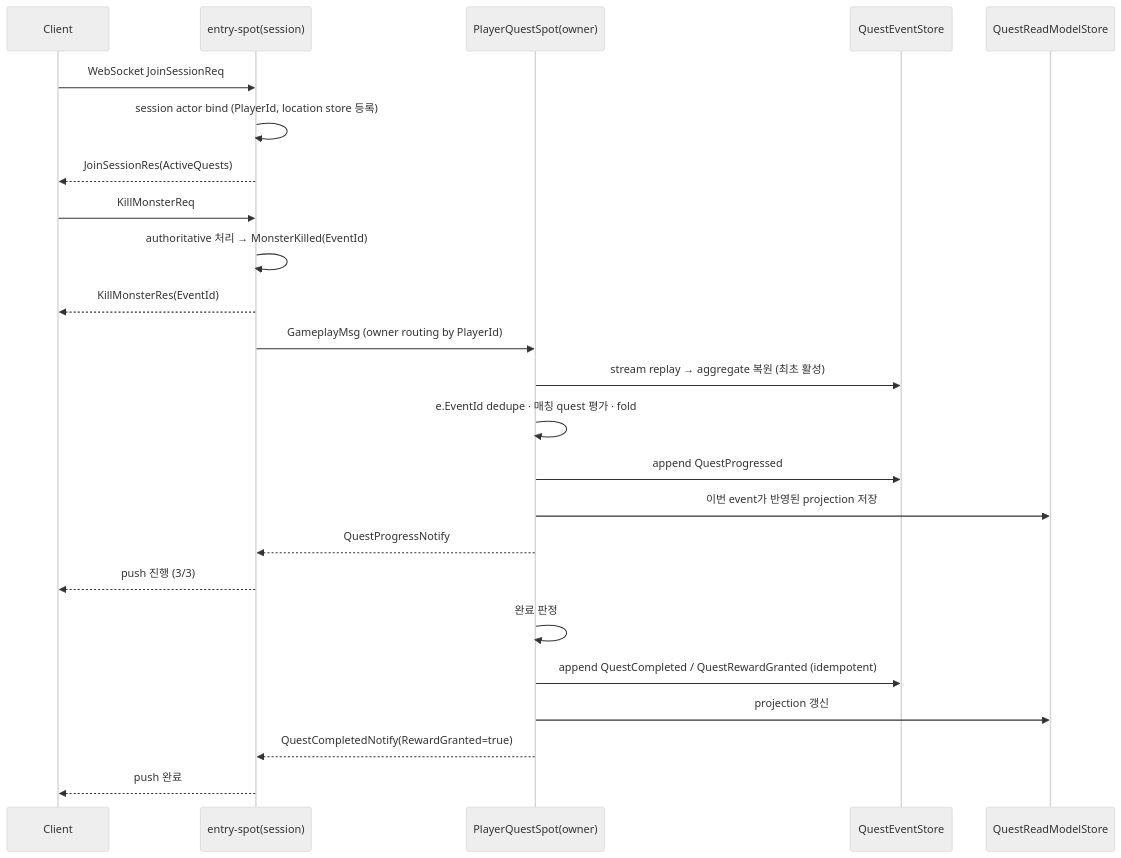
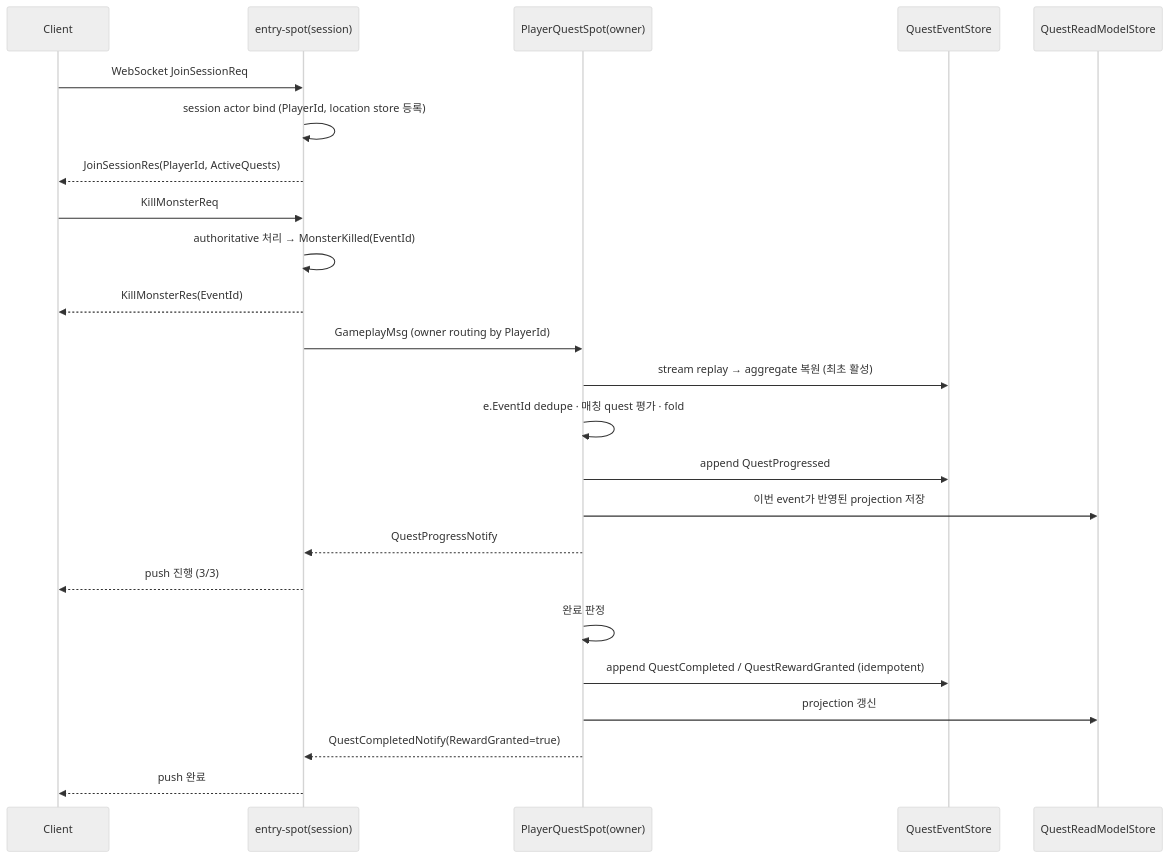
Before and after one commit to kairos-code-dev/zlink: the seventh of 7 diagrams in framework/doc/framework/common/sample/event/gamequest.ko.md, drawn with Mermaid (neutral theme). The commit also changed other lines of this file and 403 other files, not shown here.

````diff
--- a/framework/doc/framework/common/sample/event/gamequest.ko.md
+++ b/framework/doc/framework/common/sample/event/gamequest.ko.md
@@ -547,30 +547,30 @@
 ```mermaid
 sequenceDiagram
     participant C as Client
     participant ES as entry-spot(session)
     participant P as PlayerQuestSpot(owner)
     participant EVS as QuestEventStore
     participant RM as QuestReadModelStore
 
     C->>ES: WebSocket JoinSessionReq
     ES->>ES: session actor bind (PlayerId, location store 등록)
-    ES-->>C: JoinSessionRes(ActiveQuests)
+    ES-->>C: JoinSessionRes(PlayerId, ActiveQuests)
 
     C->>ES: KillMonsterReq
     ES->>ES: authoritative 처리 → MonsterKilled(EventId)
     ES-->>C: KillMonsterRes(EventId)
     ES->>P: GameplayMsg (owner routing by PlayerId)
 
     P->>EVS: stream replay → aggregate 복원 (최초 활성)
     P->>P: e.EventId dedupe · 매칭 quest 평가 · fold
     P->>EVS: append QuestProgressed
     P->>RM: 이번 event가 반영된 projection 저장
     P-->>ES: QuestProgressNotify
     ES-->>C: push 진행 (3/3)
 
     P->>P: 완료 판정
     P->>EVS: append QuestCompleted / QuestRewardGranted (idempotent)
     P->>RM: projection 갱신
     P-->>ES: QuestCompletedNotify(RewardGranted=true)
     ES-->>C: push 완료
 ```
````
